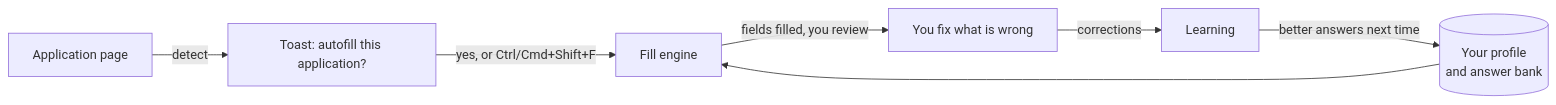
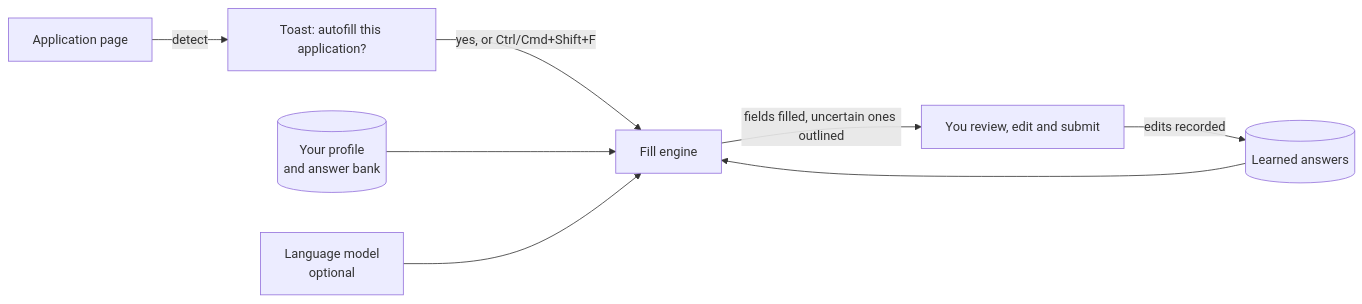
The diagram in README.md (FindMalek/skiffr), drawn with Mermaid before and after one commit. The commit also changed other lines of this file and 15 other files, not shown here.

````diff
--- a/README.md
+++ b/README.md
@@ -44,9 +65,10 @@
 ```mermaid
 flowchart LR
   A[Application page] -->|detect| B[Toast: autofill this application?]
   B -->|yes, or Ctrl/Cmd+Shift+F| C[Fill engine]
   P[(Your profile<br/>and answer bank)] --> C
-  C -->|fields filled, you review| D[You fix what is wrong]
-  D -->|corrections| L[Learning]
-  L -->|better answers next time| P
+  M[Language model<br/>optional] --> C
+  C -->|fields filled, uncertain ones outlined| D[You review, edit and submit]
+  D -->|edits recorded| L[(Learned answers)]
+  L --> C
 ```
````
